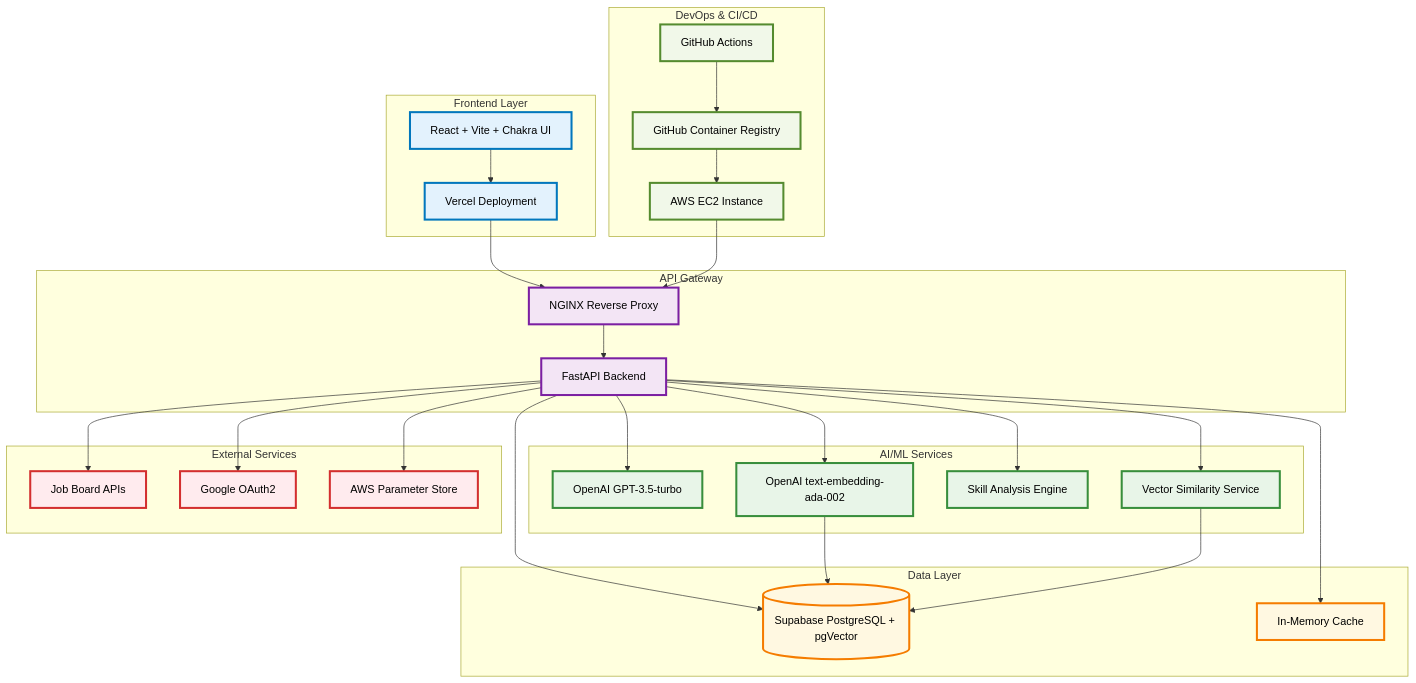
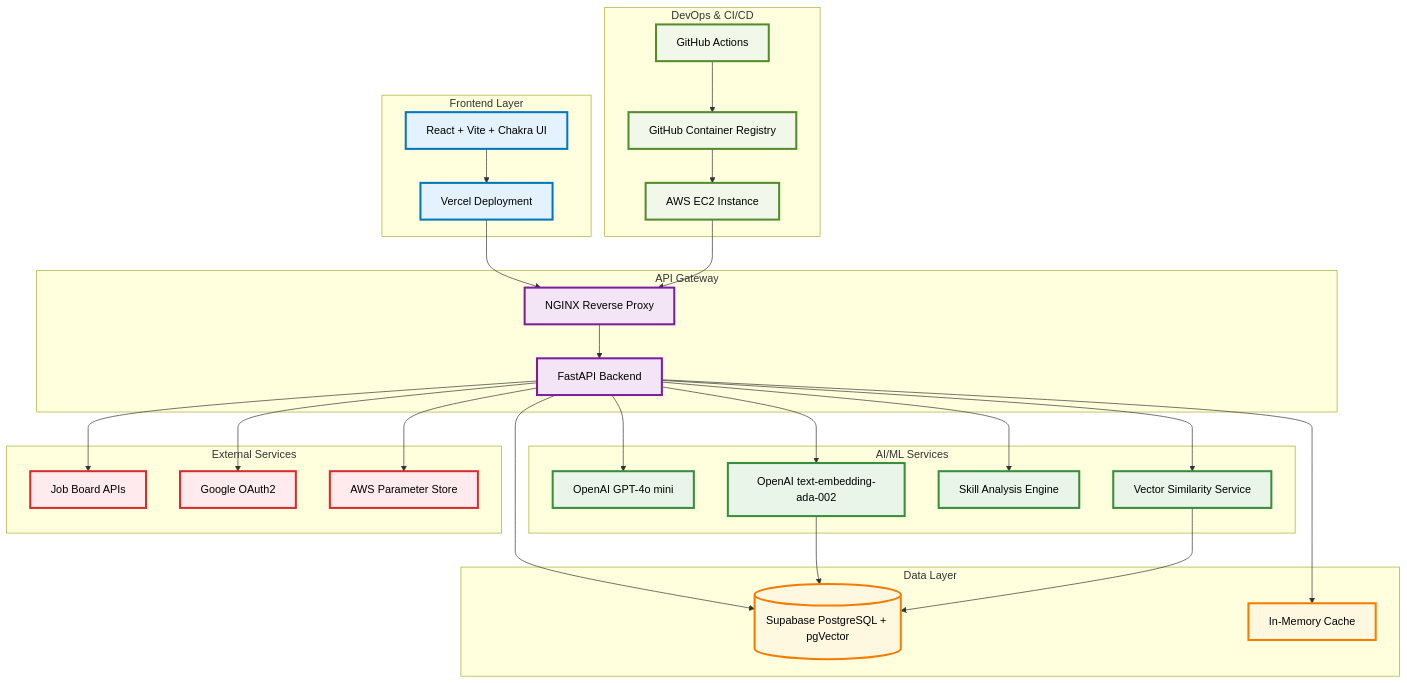
One commit to s1120258/job-tracker-backend changed the first of 3 diagrams in docs/TECHNICAL_ARCHITECTURE.md. Above: the diagram before and after it, drawn with Mermaid. The commit also changed other lines of this file and 7 other files, not shown here.

First line of the commit message:
feat(model): migrate all references from gpt-3.5-turbo to gpt-4o-mini

````diff
--- a/docs/TECHNICAL_ARCHITECTURE.md
+++ b/docs/TECHNICAL_ARCHITECTURE.md
@@ -17,80 +17,80 @@
 ```mermaid
 graph TB
     subgraph "Frontend Layer"
         UI[React + Vite + Chakra UI]
         VERCEL[Vercel Deployment]
     end
 
     subgraph "API Gateway"
         NGINX[NGINX Reverse Proxy]
         API[FastAPI Backend]
     end
 
     subgraph "AI/ML Services"
-        LLM[OpenAI GPT-3.5-turbo]
+        LLM[OpenAI GPT-4o mini]
         EMB[OpenAI text-embedding-ada-002]
         SKILL[Skill Analysis Engine]
         SIM[Vector Similarity Service]
     end
 
     subgraph "Data Layer"
         SUPABASE[(Supabase PostgreSQL + pgVector)]
         CACHE[In-Memory Cache]
     end
 
     subgraph "External Services"
         JOBS[Job Board APIs]
         AUTH[Google OAuth2]
         AWS[AWS Parameter Store]
     end
 
     subgraph "DevOps & CI/CD"
         GITHUB[GitHub Actions]
         GHCR[GitHub Container Registry]
         EC2[AWS EC2 Instance]
     end
 
     %% Frontend flow
     UI --> VERCEL
     VERCEL --> NGINX
 
     %% API Gateway flow
     NGINX --> API
 
     %% Backend service connections
     API --> LLM
     API --> EMB
     API --> SKILL
     API --> SIM
 
     %% Data connections
     API --> SUPABASE
     API --> CACHE
     EMB --> SUPABASE
     SIM --> SUPABASE
 
     %% External service connections
     API --> JOBS
     API --> AUTH
     API --> AWS
 
     %% DevOps flow
     GITHUB --> GHCR
     GHCR --> EC2
     EC2 --> NGINX
 
     %% Styling with better contrast and larger text
     classDef frontend fill:#e3f2fd,stroke:#0277bd,stroke-width:3px,color:#000000
     classDef api fill:#f3e5f5,stroke:#7b1fa2,stroke-width:3px,color:#000000
     classDef ai fill:#e8f5e8,stroke:#388e3c,stroke-width:3px,color:#000000
     classDef data fill:#fff8e1,stroke:#f57c00,stroke-width:3px,color:#000000
     classDef external fill:#ffebee,stroke:#d32f2f,stroke-width:3px,color:#000000
     classDef devops fill:#f1f8e9,stroke:#558b2f,stroke-width:3px,color:#000000
 
     class UI,VERCEL frontend
     class NGINX,API api
     class LLM,EMB,SKILL,SIM ai
     class SUPABASE,CACHE data
     class JOBS,AUTH,AWS external
     class GITHUB,GHCR,EC2 devops
 ```
````
